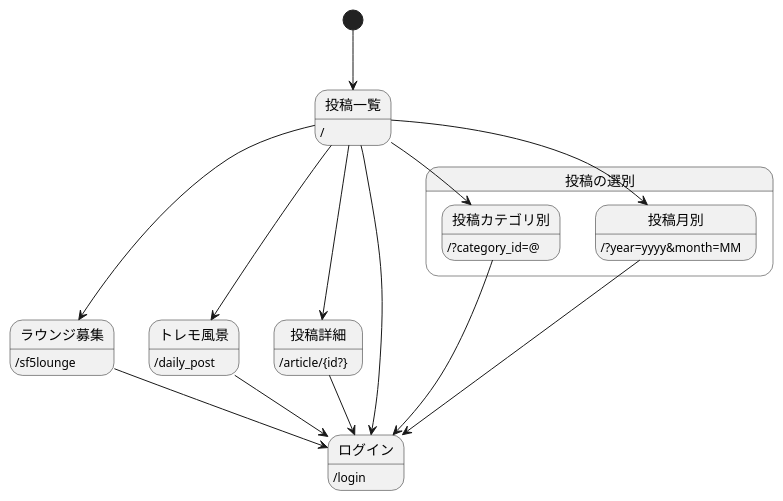
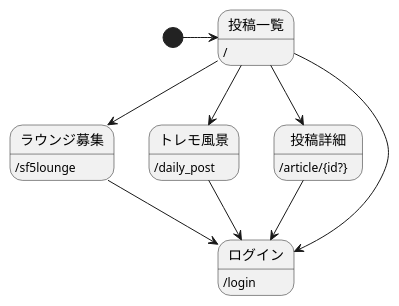
Before and after one commit to hellzkustom/PlantUml: the diagram in フロント部画面遷移図.pu, drawn with PlantUML. The commit also changed 1 other file, not shown here.

```diff
--- a/フロント部画面遷移図.pu
+++ b/フロント部画面遷移図.pu
@@ -1,33 +1,26 @@
 @startuml
 
-[*] --> 投稿一覧
+[*] -> 投稿一覧
 
-state 投稿の選別 {
 
-投稿一覧 --> 投稿カテゴリ別
-投稿一覧 --> 投稿月別
 
-}
+投稿一覧 --> ラウンジ募集
+投稿一覧 --> トレモ風景
 
-投稿一覧 ---> ラウンジ募集
-投稿一覧 ---> トレモ風景
-
-投稿一覧 ---> 投稿詳細
+投稿一覧 --> 投稿詳細
 
 投稿一覧 --> ログイン
 ラウンジ募集 --> ログイン
 トレモ風景 --> ログイン
 投稿詳細 --> ログイン
-投稿カテゴリ別 --> ログイン
-投稿月別 --> ログイン
+
 
 投稿一覧 : /
-投稿カテゴリ別 :/?category_id=@
-投稿月別 :/?year=yyyy&month=MM
+
 
 ラウンジ募集 : /sf5lounge
 トレモ風景 : /daily_post
 投稿詳細 : /article/{id?}
 
 ログイン : /login
 @enduml
```
